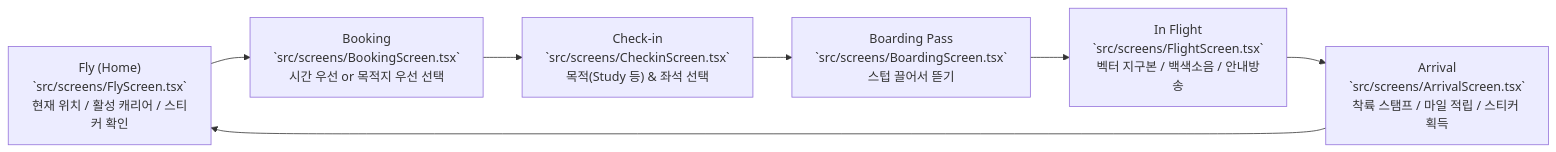
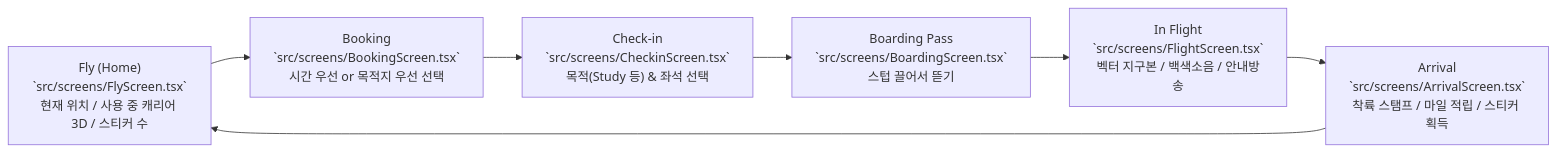
The diagram in CORPUS_MAP.md (HANSEIDON/Carry-On), drawn with Mermaid before and after one commit. The commit also changed other lines of this file and 66 other files, not shown here.

````diff
--- a/CORPUS_MAP.md
+++ b/CORPUS_MAP.md
@@ -48,11 +47,11 @@
 ```mermaid
 flowchart LR
-    Fly["Fly (Home)<br/>`src/screens/FlyScreen.tsx`<br/>현재 위치 / 활성 캐리어 / 스티커 확인"]
+    Fly["Fly (Home)<br/>`src/screens/FlyScreen.tsx`<br/>현재 위치 / 사용 중 캐리어 3D / 스티커 수"]
     Booking["Booking<br/>`src/screens/BookingScreen.tsx`<br/>시간 우선 or 목적지 우선 선택"]
     Checkin["Check-in<br/>`src/screens/CheckinScreen.tsx`<br/>목적(Study 등) & 좌석 선택"]
     Boarding["Boarding Pass<br/>`src/screens/BoardingScreen.tsx`<br/>스텁 끌어서 뜯기"]
     Flight["In Flight<br/>`src/screens/FlightScreen.tsx`<br/>벡터 지구본 / 백색소음 / 안내방송"]
     Arrival["Arrival<br/>`src/screens/ArrivalScreen.tsx`<br/>착륙 스탬프 / 마일 적립 / 스티커 획득"]
 
     Fly --> Booking --> Checkin --> Boarding --> Flight --> Arrival --> Fly
 ```
````
